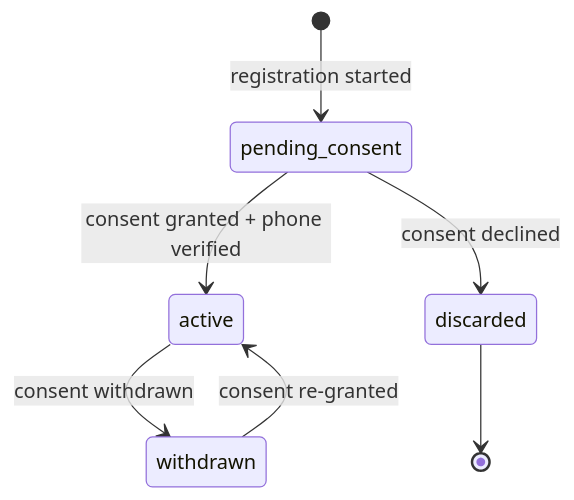
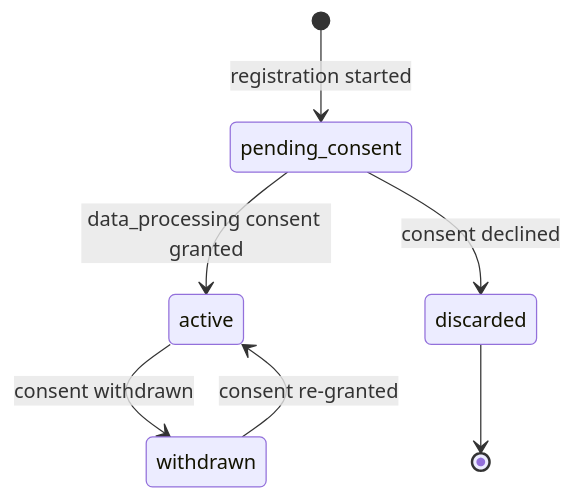
One commit to BAGOMBEKA-JOB-DEV/carevelo changed the eighth of 8 diagrams in docs/20-domain/state-machines.md. Above: the diagram before and after it, drawn with Mermaid. The commit also changed other lines of this file and 112 other files, not shown here.

````diff
--- a/docs/20-domain/state-machines.md
+++ b/docs/20-domain/state-machines.md
@@ -214,9 +214,9 @@
 ```mermaid
 stateDiagram-v2
     [*] --> pending_consent: registration started
-    pending_consent --> active: consent granted + phone verified
+    pending_consent --> active: data_processing consent granted
     pending_consent --> discarded: consent declined
     active --> withdrawn: consent withdrawn
     withdrawn --> active: consent re-granted
     discarded --> [*]
 ```
````
